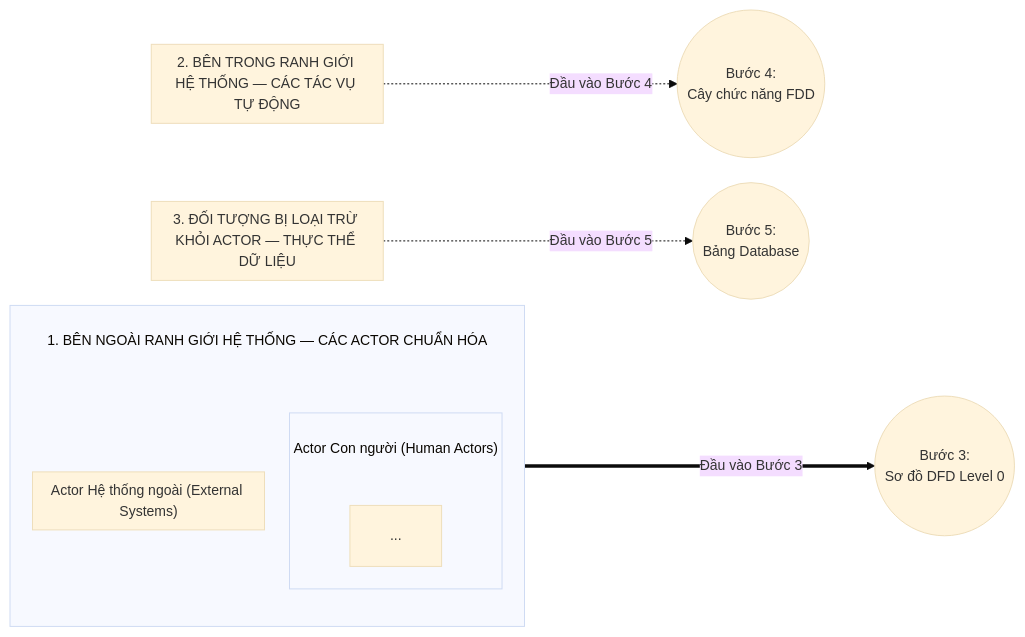
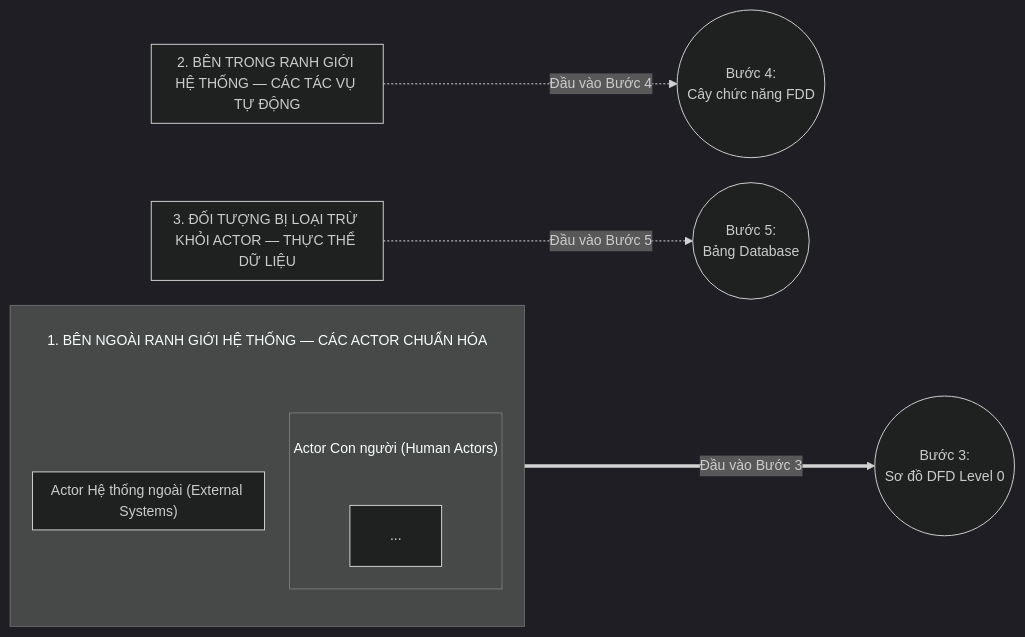
The diagram in rules/2-analysis/2_actor_identification_7_questions.md (hungnm3112/my-ai-agents), drawn with Mermaid before and after one commit. The commit also changed 2 other files, not shown here.

Commit message:
docs(rules): cap nhat quy tac vong lap hoi dap trong phan tich

````diff
--- a/rules/2-analysis/2_actor_identification_7_questions.md
+++ b/rules/2-analysis/2_actor_identification_7_questions.md
@@ -30,37 +30,37 @@
 ```mermaid
 %%{init: {
-  'theme': 'base',
+  'theme': 'dark',
   'themeVariables': {
     'fontSize': '14px'
   },
   'flowchart': {
     'subGraphTitleMargin': { 'top': 25, 'bottom': 45 },
     'nodeSpacing': 25,
     'rankSpacing': 50,
     'padding': 20
   }
 }}%%
 flowchart LR
     subgraph K1["1. BÊN NGOÀI RANH GIỚI HỆ THỐNG — CÁC ACTOR CHUẨN HÓA"]
         direction TB
         subgraph HUM["Actor Con người (Human Actors)"]
             direction LR
             ...
         end
         subgraph SYS_EXT["Actor Hệ thống ngoài (External Systems)"]
             ...
         end
     end
 
     subgraph K2["2. BÊN TRONG RANH GIỚI HỆ THỐNG — CÁC TÁC VỤ TỰ ĐỘNG"]
         ...
     end
 
     subgraph K3["3. ĐỐI TƯỢNG BỊ LOẠI TRỪ KHỎI ACTOR — THỰC THỂ DỮ LIỆU"]
         ...
     end
 
     K1 ===>|"Đầu vào Bước 3"| B3(("Bước 3:<br/>Sơ đồ DFD Level 0"))
     K2 -.->|"Đầu vào Bước 4"| B4(("Bước 4:<br/>Cây chức năng FDD"))
     K3 -.->|"Đầu vào Bước 5"| B5(("Bước 5:<br/>Bảng Database"))
 ```
````
